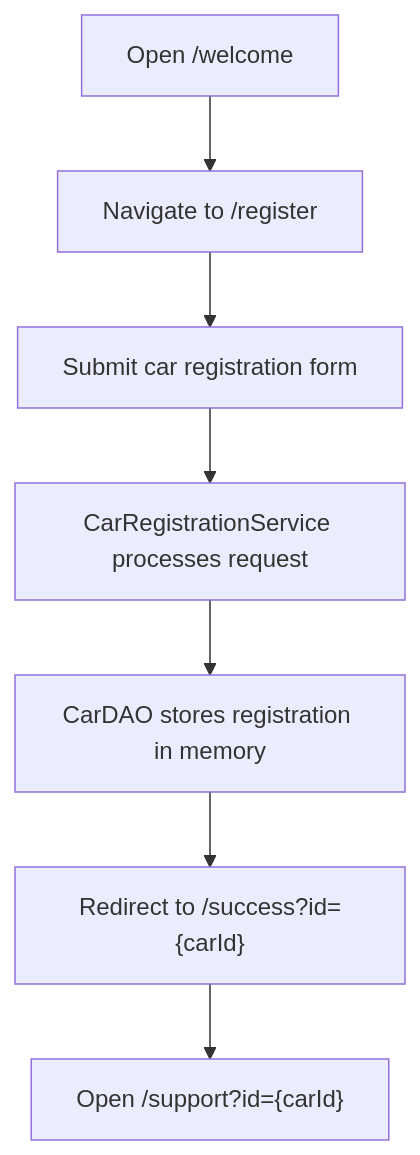
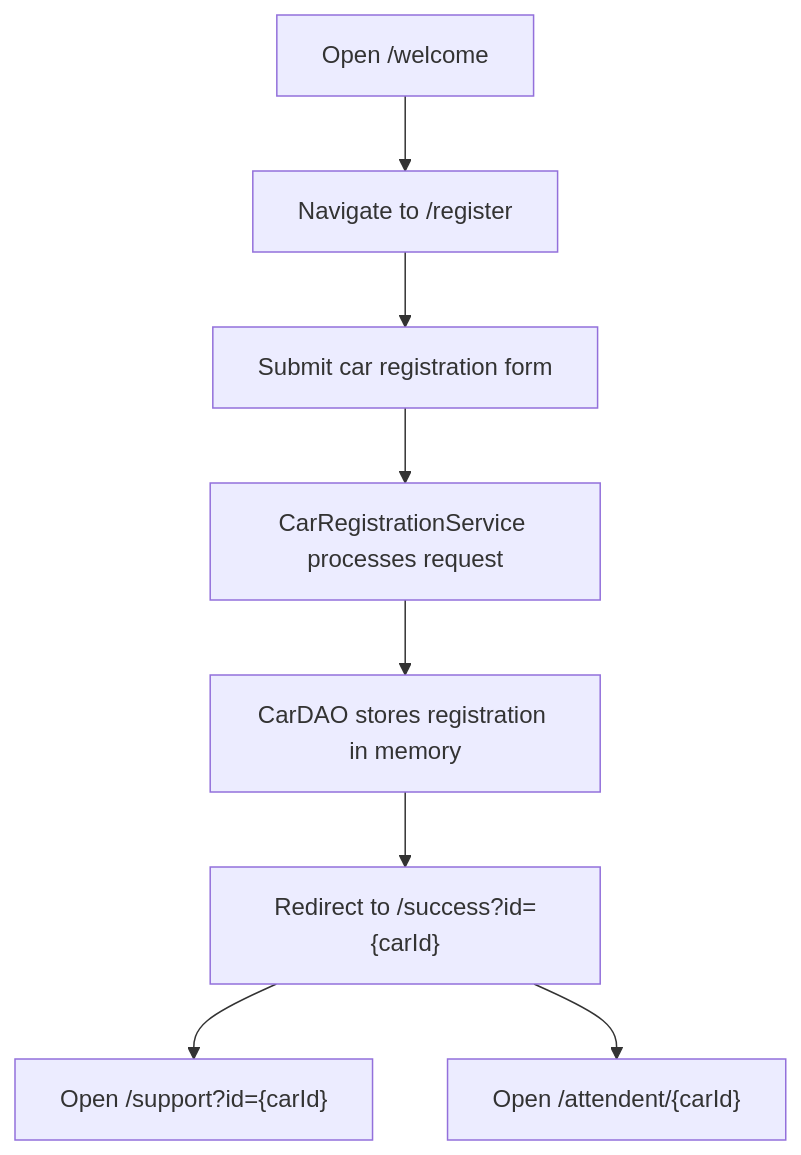
One commit to byte2code/car-service-registration changed the diagram in README.md. Above: the diagram before and after it, drawn with Mermaid. The commit also changed other lines of this file and 5 other files, not shown here.

````diff
--- a/README.md
+++ b/README.md
@@ -74,9 +75,10 @@
 ```mermaid
 flowchart TD
     A["Open /welcome"] --> B["Navigate to /register"]
     B --> C["Submit car registration form"]
     C --> D["CarRegistrationService processes request"]
     D --> E["CarDAO stores registration in memory"]
     E --> F["Redirect to /success?id={carId}"]
     F --> G["Open /support?id={carId}"]
+    F --> H["Open /attendent/{carId}"]
 ```
````
